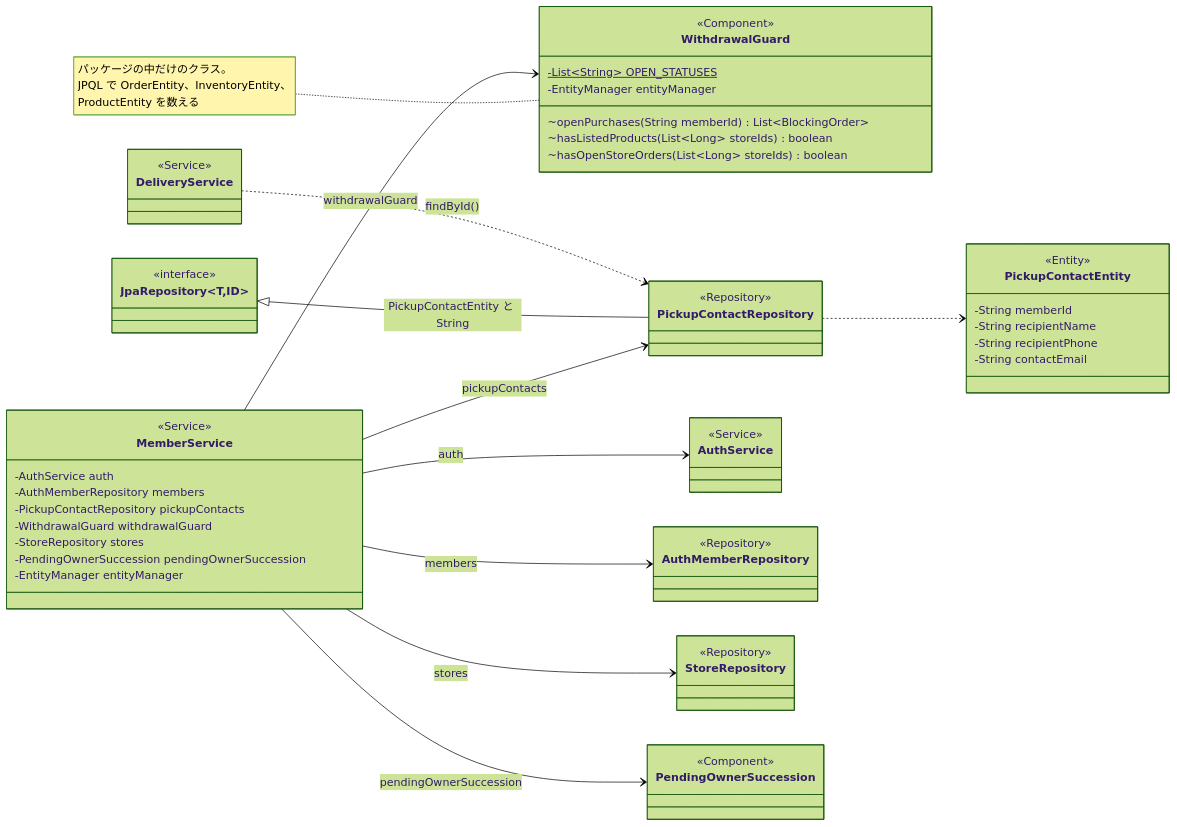
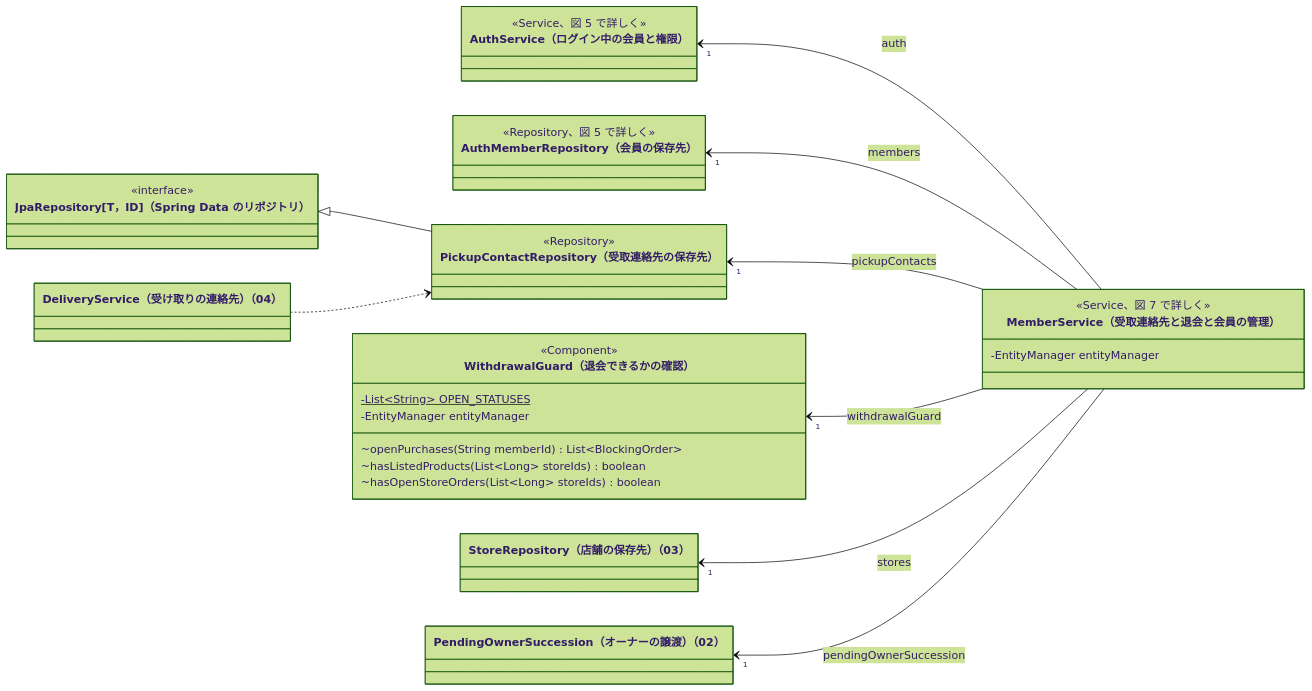
One commit to abeouga/kusakari-document changed the eighth of 11 diagrams in クラス図/kusakari-ec/01_共通と認証と会員.md. Above: the diagram before and after it, drawn with Mermaid (forest theme). The commit also changed other lines of this file and 87 other files, not shown here.

Commit message:
EC のクラス図に全体図を足し、詳細図をデータとモジュールの図に分けて書き直す

````diff
--- a/クラス図/kusakari-ec/01_共通と認証と会員.md
+++ b/クラス図/kusakari-ec/01_共通と認証と会員.md
@@ -596,60 +589,40 @@
 ```mermaid
 classDiagram
     direction LR
-    class MemberService {
-        <<Service>>
-        -AuthService auth
-        -AuthMemberRepository members
-        -PickupContactRepository pickupContacts
-        -WithdrawalGuard withdrawalGuard
-        -StoreRepository stores
-        -PendingOwnerSuccession pendingOwnerSuccession
+    class MemberService["MemberService（受取連絡先と退会と会員の管理）"] {
+        <<Service、図 7 で詳しく>>
         -EntityManager entityManager
     }
-    class WithdrawalGuard {
+    class WithdrawalGuard["WithdrawalGuard（退会できるかの確認）"] {
         <<Component>>
         -List~String~ OPEN_STATUSES$
         -EntityManager entityManager
         ~openPurchases(String memberId) List~BlockingOrder~
         ~hasListedProducts(List~Long~ storeIds) boolean
         ~hasOpenStoreOrders(List~Long~ storeIds) boolean
     }
-    class PickupContactEntity {
-        <<Entity>>
-        -String memberId
-        -String recipientName
-        -String recipientPhone
-        -String contactEmail
-    }
-    class JpaRepository~T,ID~ {
+    class JpaRepository["JpaRepository[T，ID]（Spring Data のリポジトリ）"] {
         <<interface>>
     }
-    class PickupContactRepository {
+    class PickupContactRepository["PickupContactRepository（受取連絡先の保存先）"] {
         <<Repository>>
     }
-    class AuthService {
-        <<Service>>
+    class AuthService["AuthService（ログイン中の会員と権限）"] {
+        <<Service、図 5 で詳しく>>
     }
-    class AuthMemberRepository {
-        <<Repository>>
+    class AuthMemberRepository["AuthMemberRepository（会員の保存先）"] {
+        <<Repository、図 5 で詳しく>>
     }
-    class StoreRepository {
-        <<Repository>>
-    }
-    class PendingOwnerSuccession {
-        <<Component>>
-    }
-    class DeliveryService {
-        <<Service>>
-    }
-    MemberService --> AuthService : auth
-    MemberService --> AuthMemberRepository : members
-    MemberService --> PickupContactRepository : pickupContacts
-    MemberService --> WithdrawalGuard : withdrawalGuard
-    MemberService --> StoreRepository : stores
-    MemberService --> PendingOwnerSuccession : pendingOwnerSuccession
-    JpaRepository~T,ID~ <|-- PickupContactRepository : PickupContactEntity と String
-    PickupContactRepository ..> PickupContactEntity
-    DeliveryService ..> PickupContactRepository : findById()
-    note for WithdrawalGuard "パッケージの中だけのクラス。<br/>JPQL で OrderEntity、InventoryEntity、<br/>ProductEntity を数える"
+    class StoreRepository["StoreRepository（店舗の保存先）（03）"]
+    class PendingOwnerSuccession["PendingOwnerSuccession（オーナーの譲渡）（02）"]
+    class DeliveryService["DeliveryService（受け取りの連絡先）（04）"]
+
+    AuthService "1" <-- MemberService : auth
+    AuthMemberRepository "1" <-- MemberService : members
+    PickupContactRepository "1" <-- MemberService : pickupContacts
+    WithdrawalGuard "1" <-- MemberService : withdrawalGuard
+    StoreRepository "1" <-- MemberService : stores
+    PendingOwnerSuccession "1" <-- MemberService : pendingOwnerSuccession
+    JpaRepository <|-- PickupContactRepository
+    DeliveryService ..> PickupContactRepository
 ```
````
